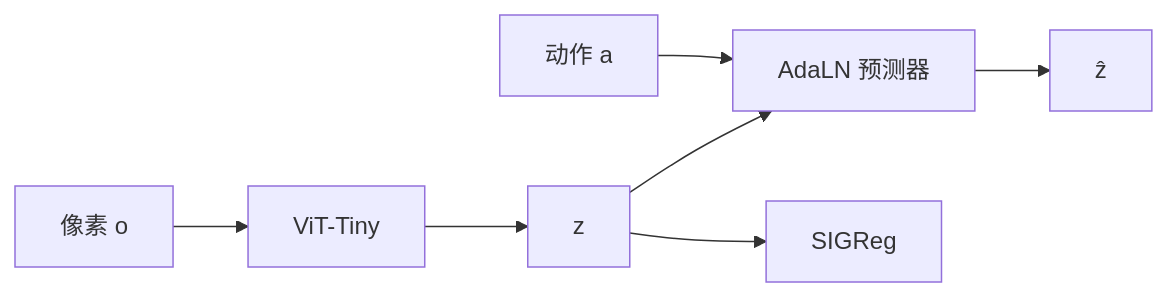
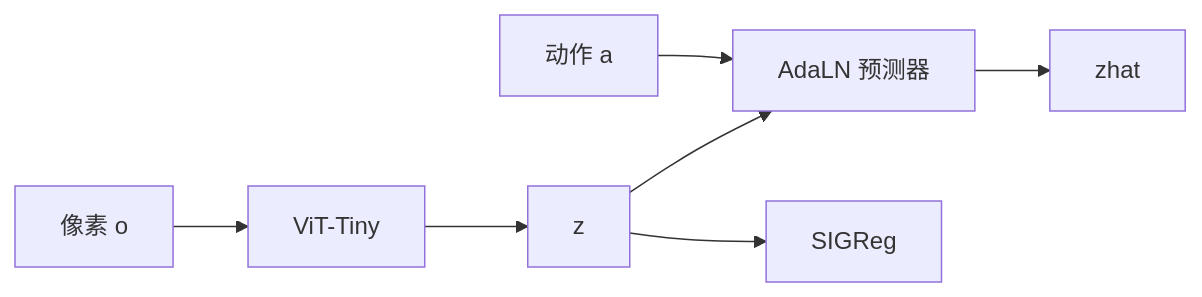
Before and after one commit to ImChong/Robotics_Notebooks: the first of 2 diagrams in wiki/entities/paper-lewm.md, drawn with Mermaid. The commit also changed 3 other files, not shown here.

Commit message:
fix(wiki): 修正 LeJEPA 族详情页 Mermaid 节点标签以便静态站渲染

````diff
--- a/wiki/entities/paper-lewm.md
+++ b/wiki/entities/paper-lewm.md
@@ -67,9 +67,9 @@
 ```mermaid
 flowchart LR
   O[像素 o] --> Enc[ViT-Tiny]
   Enc --> Z[z]
   Z --> Pred[AdaLN 预测器]
   A[动作 a] --> Pred
-  Pred --> Zhat[ẑ]
+  Pred --> Zhat["zhat"]
   Z --> SIG[SIGReg]
 ```
````
